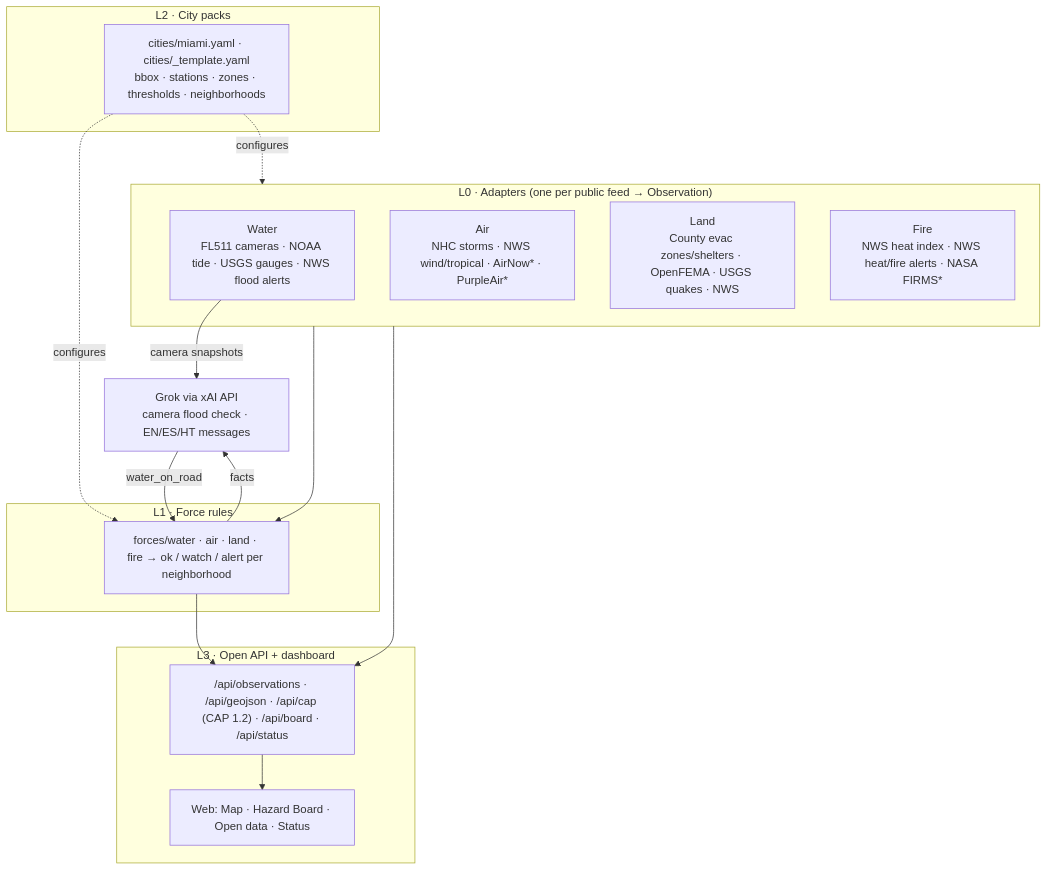
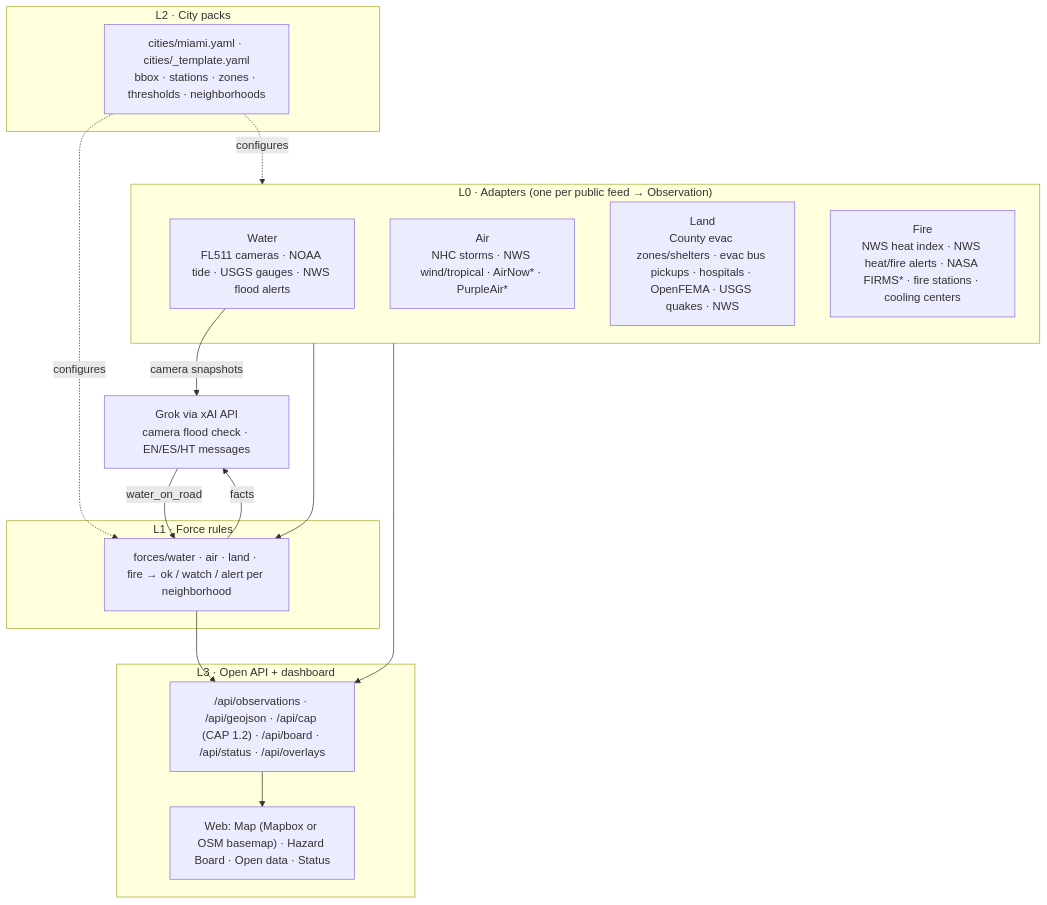
One commit to SebastienVaval/fourforces-watch changed the first of 2 diagrams in README.md. Above: the diagram before and after it, drawn with Mermaid. The commit also changed other lines of this file and 40 other files, not shown here.

````diff
--- a/README.md
+++ b/README.md
@@ -16,29 +16,29 @@
 ```mermaid
 flowchart TB
   subgraph L0["L0 · Adapters (one per public feed → Observation)"]
     W["Water<br/>FL511 cameras · NOAA tide · USGS gauges · NWS flood alerts"]
     A["Air<br/>NHC storms · NWS wind/tropical · AirNow* · PurpleAir*"]
-    LA["Land<br/>County evac zones/shelters · OpenFEMA · USGS quakes · NWS"]
-    F["Fire<br/>NWS heat index · NWS heat/fire alerts · NASA FIRMS*"]
+    LA["Land<br/>County evac zones/shelters · evac bus pickups · hospitals · OpenFEMA · USGS quakes · NWS"]
+    F["Fire<br/>NWS heat index · NWS heat/fire alerts · NASA FIRMS* · fire stations · cooling centers"]
   end
   AI["Grok via xAI API<br/>camera flood check · EN/ES/HT messages"]
   subgraph L1["L1 · Force rules"]
     R["forces/water · air · land · fire → ok / watch / alert per neighborhood"]
   end
   subgraph L2["L2 · City packs"]
     C["cities/miami.yaml · cities/_template.yaml<br/>bbox · stations · zones · thresholds · neighborhoods"]
   end
   subgraph L3["L3 · Open API + dashboard"]
-    API["/api/observations · /api/geojson · /api/cap (CAP 1.2) · /api/board · /api/status"]
-    UI["Web: Map · Hazard Board · Open data · Status"]
+    API["/api/observations · /api/geojson · /api/cap (CAP 1.2) · /api/board · /api/status · /api/overlays"]
+    UI["Web: Map (Mapbox or OSM basemap) · Hazard Board · Open data · Status"]
   end
   C -. configures .-> L0
   C -. configures .-> R
   W -- camera snapshots --> AI
   AI -- water_on_road --> R
   L0 --> R
   R -- facts --> AI
   R --> API
   L0 --> API
   API --> UI
 ```
````
